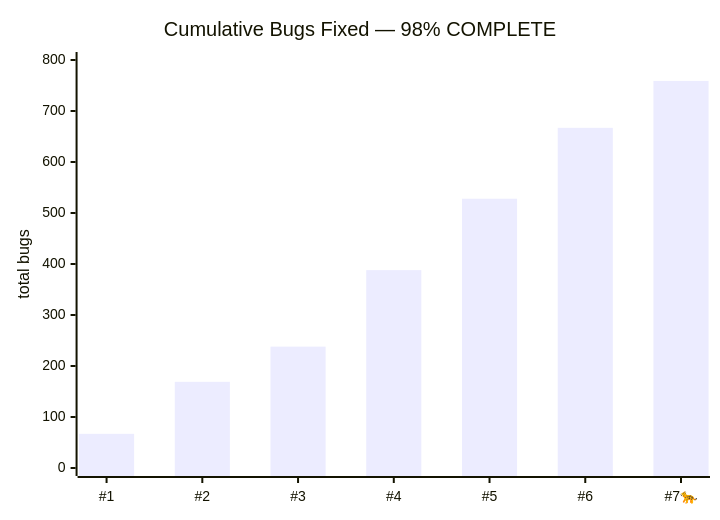
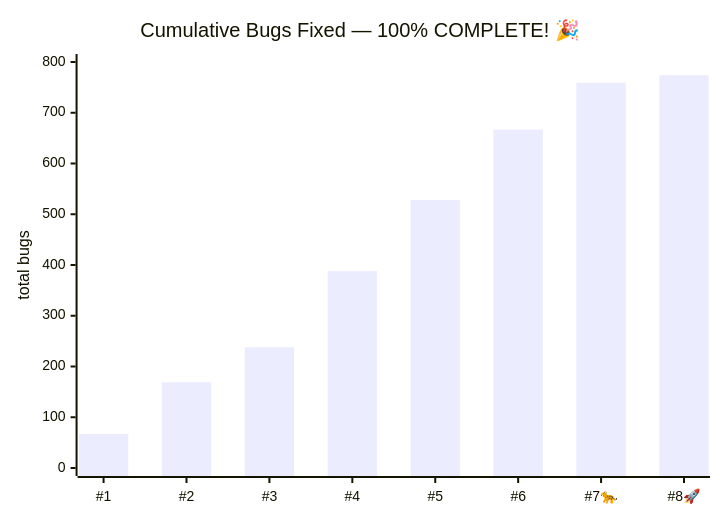
One commit to SimHacker/tmnn7-8 changed the third of 3 diagrams in analysis/activity/README.md. Above: the diagram before and after it, drawn with Mermaid. The commit also changed other lines of this file and 5 other files, not shown here.

````diff
--- a/analysis/activity/README.md
+++ b/analysis/activity/README.md
@@ -180,7 +185,7 @@
 ```mermaid
 xychart-beta
-    title "Cumulative Bugs Fixed — 98% COMPLETE"
-    x-axis ["#1", "#2", "#3", "#4", "#5", "#6", "#7🐆"]
+    title "Cumulative Bugs Fixed — 100% COMPLETE! 🎉"
+    x-axis ["#1", "#2", "#3", "#4", "#5", "#6", "#7🐆", "#8🚀"]
     y-axis "total bugs" 0 --> 800
-    bar [67, 169, 238, 388, 528, 667, 759]
+    bar [67, 169, 238, 388, 528, 667, 759, 774]
 ```
````
